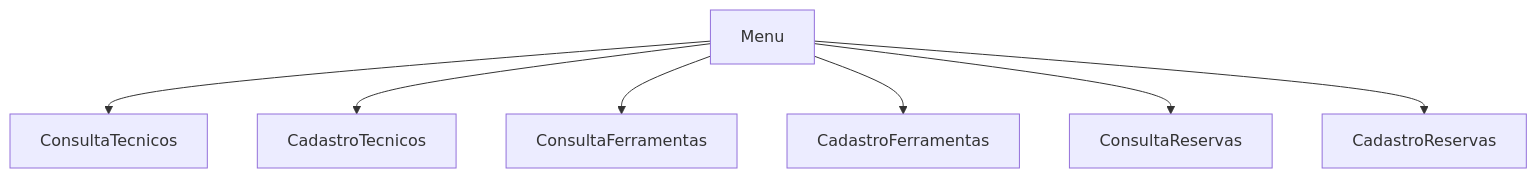
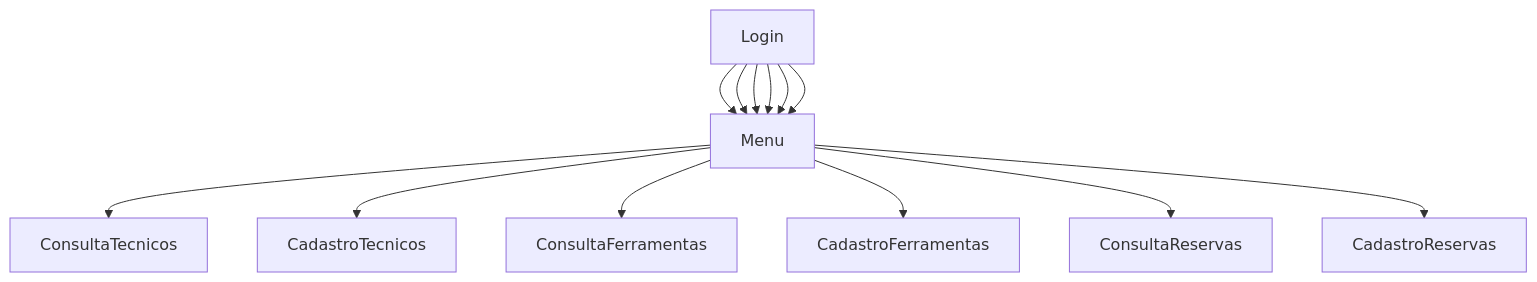
The diagram in README.md (fernandorff/trabalho-final-estacio-1-central-de-ferramentas), drawn with Mermaid before and after one commit.

Commit message:
Atualiza README.md

````diff
--- a/README.md
+++ b/README.md
@@ -110,9 +110,9 @@
 ```mermaid
 flowchart TB
-    Menu --> ConsultaTecnicos
-    Menu --> CadastroTecnicos
-    Menu --> ConsultaFerramentas
-    Menu --> CadastroFerramentas
-    Menu --> ConsultaReservas
-    Menu --> CadastroReservas
+    Login --> Menu --> ConsultaTecnicos
+    Login --> Menu --> CadastroTecnicos
+    Login --> Menu --> ConsultaFerramentas
+    Login --> Menu --> CadastroFerramentas
+    Login --> Menu --> ConsultaReservas
+    Login --> Menu --> CadastroReservas
 ```
````
